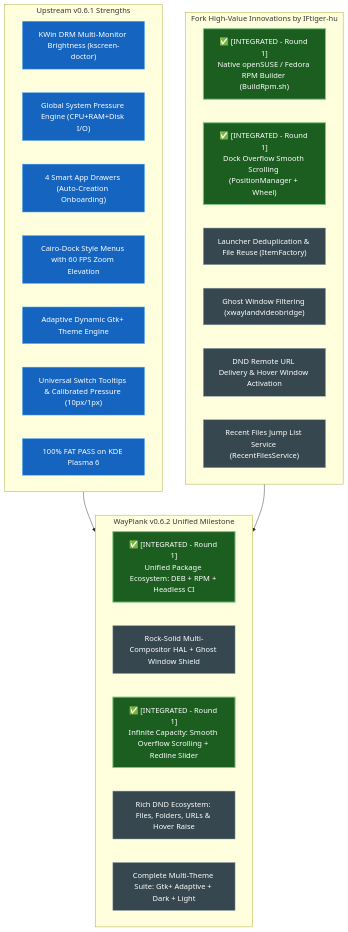
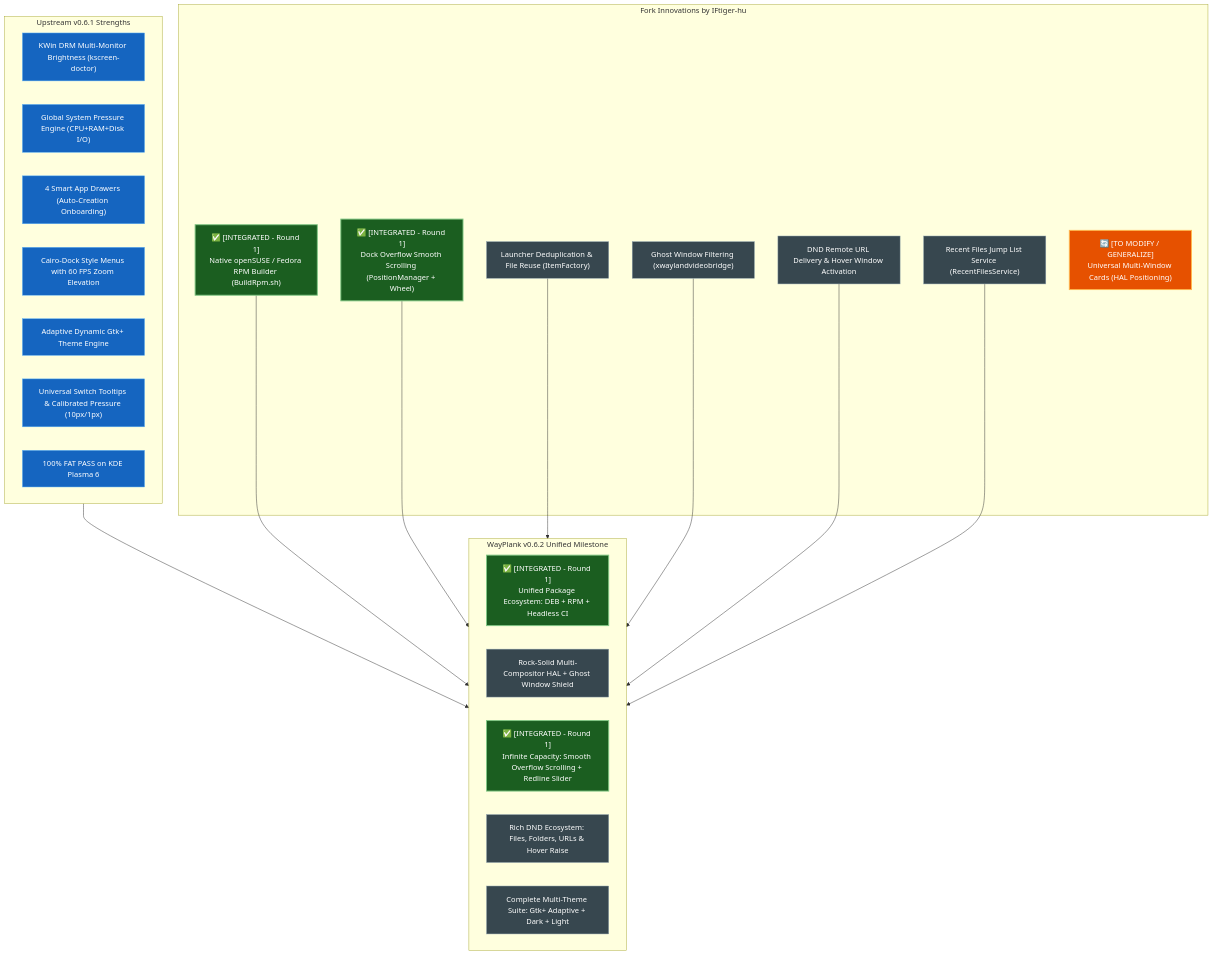
The diagram in Documentation/WAYPLANK_V062_FORK_INTEGRATION_ROADMAP.md (IFtiger-hu-hub/WayPlank), drawn with Mermaid before and after one commit. The commit also changed other lines of this file and 14 other files, not shown here.

````diff
--- a/Documentation/WAYPLANK_V062_FORK_INTEGRATION_ROADMAP.md
+++ b/Documentation/WAYPLANK_V062_FORK_INTEGRATION_ROADMAP.md
@@ -53,36 +53,44 @@
 ```mermaid
 flowchart TD
     classDef integrated fill:#1b5e20,stroke:#81c784,stroke-width:2px,color:#ffffff;
     classDef upstream fill:#1565c0,stroke:#64b5f6,stroke-width:1px,color:#ffffff;
     classDef pending fill:#37474f,stroke:#90a4ae,stroke-width:1px,color:#ffffff;
+    classDef modify fill:#e65100,stroke:#ffb74d,stroke-width:2px,color:#ffffff;
+    classDef rejected fill:#b71c1c,stroke:#ef5350,stroke-width:2px,color:#ffffff;
 
     subgraph Upstream_v061["Upstream v0.6.1 Strengths"]
         U1["KWin DRM Multi-Monitor Brightness (kscreen-doctor)"]:::upstream
         U2["Global System Pressure Engine (CPU+RAM+Disk I/O)"]:::upstream
         U3["4 Smart App Drawers (Auto-Creation Onboarding)"]:::upstream
         U4["Cairo-Dock Style Menus with 60 FPS Zoom Elevation"]:::upstream
         U5["Adaptive Dynamic Gtk+ Theme Engine"]:::upstream
         U6["Universal Switch Tooltips & Calibrated Pressure (10px/1px)"]:::upstream
         U7["100% FAT PASS on KDE Plasma 6"]:::upstream
     end
 
-    subgraph Fork_Features["Fork High-Value Innovations by IFtiger-hu"]
+    subgraph Fork_Features["Fork Innovations by IFtiger-hu"]
         F1["✅ [INTEGRATED - Round 1]<br/>Native openSUSE / Fedora RPM Builder (BuildRpm.sh)"]:::integrated
         F2["✅ [INTEGRATED - Round 1]<br/>Dock Overflow Smooth Scrolling (PositionManager + Wheel)"]:::integrated
         F3["Launcher Deduplication & File Reuse (ItemFactory)"]:::pending
         F4["Ghost Window Filtering (xwaylandvideobridge)"]:::pending
         F5["DND Remote URL Delivery & Hover Window Activation"]:::pending
         F6["Recent Files Jump List Service (RecentFilesService)"]:::pending
+        F7["🔄 [TO MODIFY / GENERALIZE]<br/>Universal Multi-Window Cards (HAL Positioning)"]:::modify
     end
 
     subgraph Unified_v062["WayPlank v0.6.2 Unified Milestone"]
         M1["✅ [INTEGRATED - Round 1]<br/>Unified Package Ecosystem: DEB + RPM + Headless CI"]:::integrated
         M2["Rock-Solid Multi-Compositor HAL + Ghost Window Shield"]:::pending
         M3["✅ [INTEGRATED - Round 1]<br/>Infinite Capacity: Smooth Overflow Scrolling + Redline Slider"]:::integrated
         M4["Rich DND Ecosystem: Files, Folders, URLs & Hover Raise"]:::pending
         M5["Complete Multi-Theme Suite: Gtk+ Adaptive + Dark + Light"]:::pending
     end
 
     Upstream_v061 --> Unified_v062
-    Fork_Features --> Unified_v062
+    F1 --> Unified_v062
+    F2 --> Unified_v062
+    F3 --> Unified_v062
+    F4 --> Unified_v062
+    F5 --> Unified_v062
+    F6 --> Unified_v062
 ```
````
